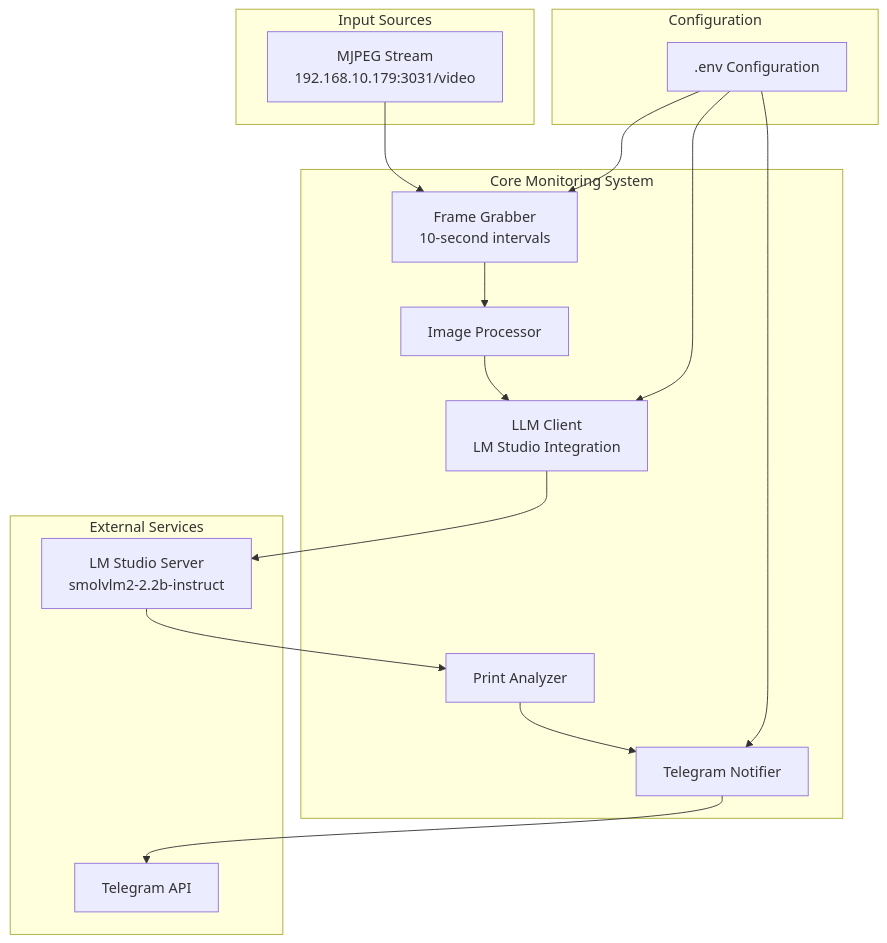
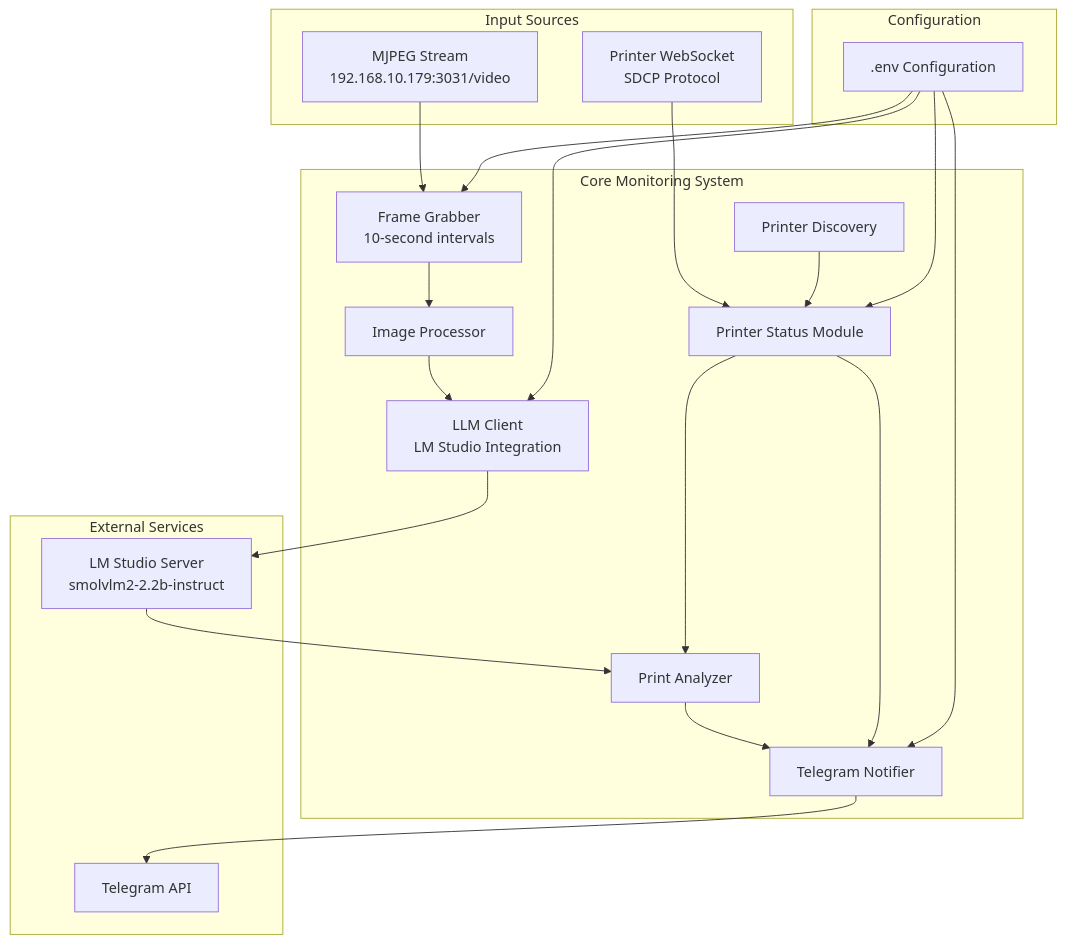
The diagram in plans/elegoo-print-monitor-plan.md (sigsegv0x0b/elegooPrintMon), drawn with Mermaid before and after one commit. The commit also changed other lines of this file and 16 other files, not shown here.

First line of the commit message:
feat: complete printer status module integration with number formatting improvements

````diff
--- a/plans/elegoo-print-monitor-plan.md
+++ b/plans/elegoo-print-monitor-plan.md
@@ -8,34 +8,42 @@
 ```mermaid
 graph TB
     subgraph "Input Sources"
         MJPEG[MJPEG Stream<br/>192.168.10.179:3031/video]
+        PrinterWS[Printer WebSocket<br/>SDCP Protocol]
     end
     
     subgraph "Core Monitoring System"
         FrameGrabber[Frame Grabber<br/>10-second intervals]
         ImageProcessor[Image Processor]
         LLMClient[LLM Client<br/>LM Studio Integration]
         Analyzer[Print Analyzer]
         Notifier[Telegram Notifier]
+        PrinterStatus[Printer Status Module]
+        Discovery[Printer Discovery]
     end
     
     subgraph "External Services"
         LMStudio[LM Studio Server<br/>smolvlm2-2.2b-instruct]
         Telegram[Telegram API]
     end
     
     subgraph "Configuration"
         Env[.env Configuration]
     end
     
     MJPEG --> FrameGrabber
     FrameGrabber --> ImageProcessor
     ImageProcessor --> LLMClient
     LLMClient --> LMStudio
     LMStudio --> Analyzer
     Analyzer --> Notifier
     Notifier --> Telegram
+    PrinterWS --> PrinterStatus
+    PrinterStatus --> Notifier
+    PrinterStatus --> Analyzer
+    Discovery --> PrinterStatus
     Env --> FrameGrabber
     Env --> LLMClient
     Env --> Notifier
+    Env --> PrinterStatus
 ```
````
